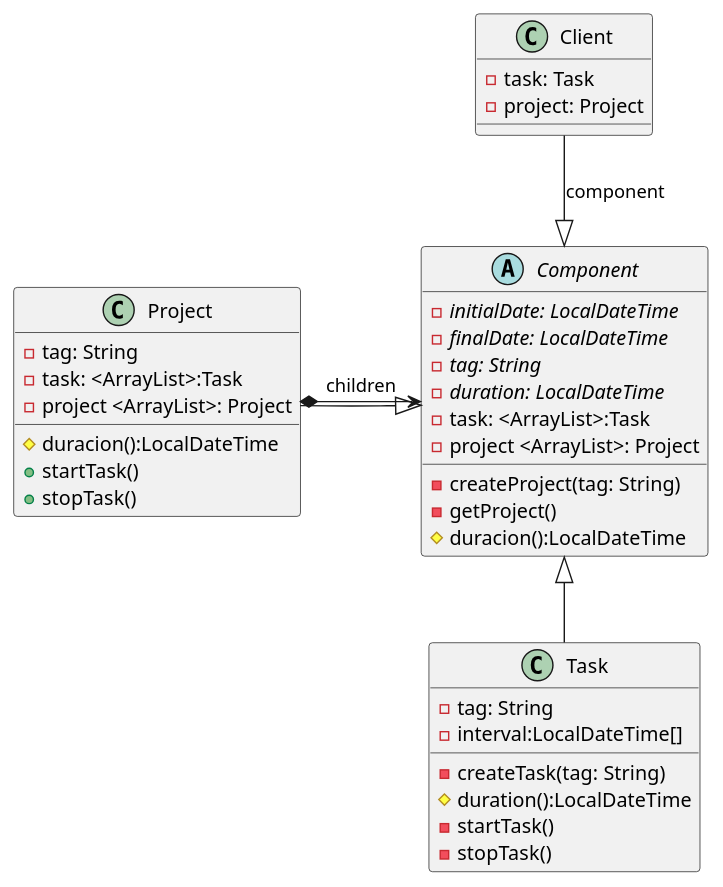
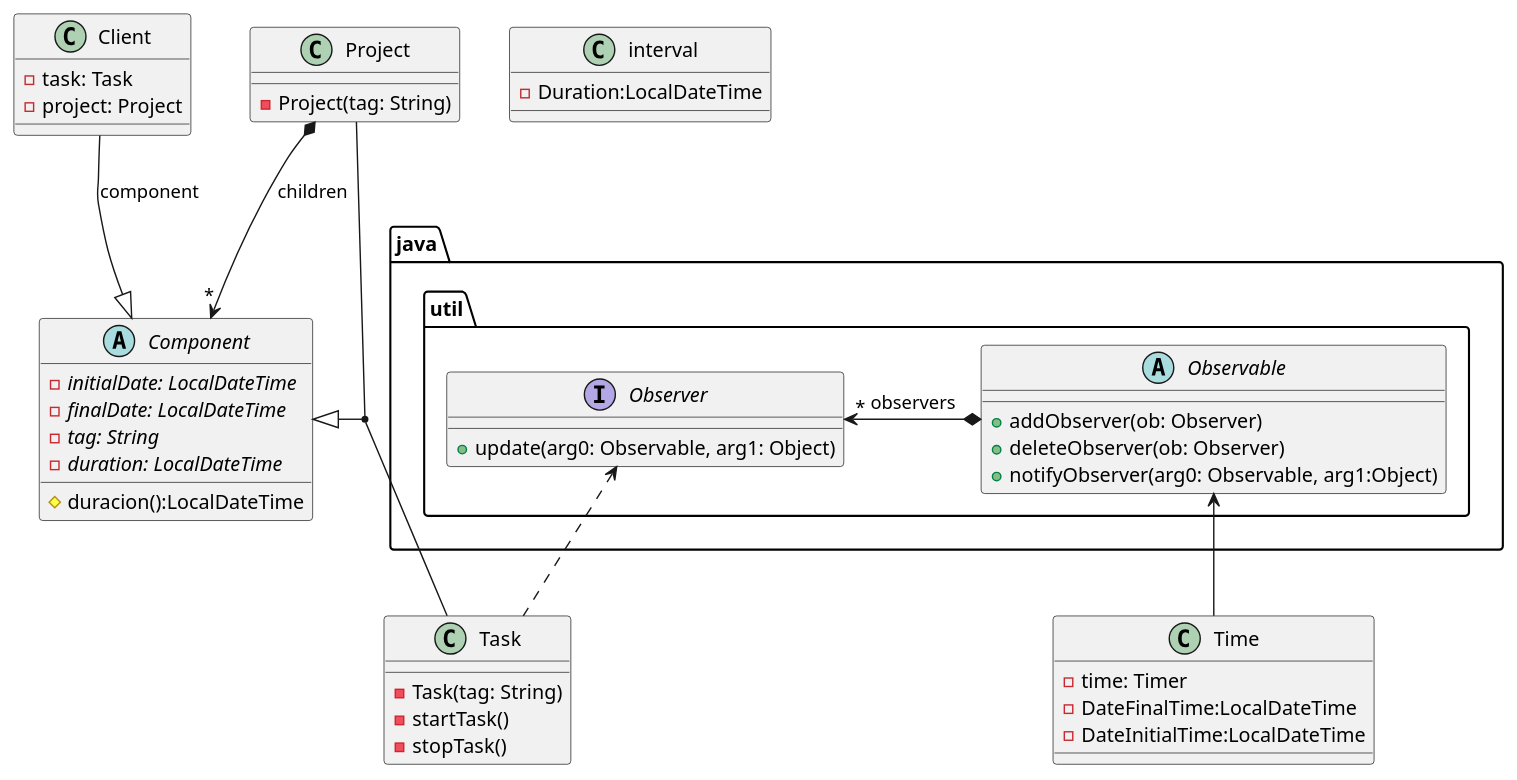
Before and after one commit to alekzihz/DS_TimeTracking: the diagram in src/umlTimeTracking.puml, drawn with PlantUML. The commit also changed 2 other files, not shown here.

```diff
--- a/src/umlTimeTracking.puml
+++ b/src/umlTimeTracking.puml
@@ -1,49 +1,77 @@
 @startuml
 'https://plantuml.com/class-diagram
 
 
 
 class Client{
     -task: Task
     -project: Project
 
 }
 abstract Component{
     {abstract}-initialDate: LocalDateTime
     {abstract}-finalDate: LocalDateTime
     {abstract}- tag: String
     {abstract}- duration: LocalDateTime
-    - task: <ArrayList>:Task
-    -project <ArrayList>: Project
-    -createProject(tag: String)
-    -getProject()
+
+
+
      #duracion():LocalDateTime
 
 }
 class Project{
-    - tag: String
-    - task: <ArrayList>:Task
-    -project <ArrayList>: Project
-    #duracion():LocalDateTime
-    +startTask()
-    +stopTask()
+
+    -Project(tag: String)
+
 }
 
 
 
 class Task {
-   - tag: String
-   -interval:LocalDateTime[]
-    -createTask(tag: String)
-    #duration():LocalDateTime
+
+    -Task(tag: String)
     -startTask()
     -stopTask()
 
+
 }
-Component  <|-- Task
-Component <|-- Project
-Project *-> Component:children
+class interval{
+
+    -Duration:LocalDateTime
+
+}
+
+package java.util{
+    Abstract Observable
+    {
+       +addObserver(ob: Observer)
+       +deleteObserver(ob: Observer)
+       +notifyObserver(arg0: Observable, arg1:Object)
+    }
+
+    interface Observer {
+
+        +update(arg0: Observable, arg1: Object)
+
+}
+}
+
+class Time {
+    -time: Timer
+    -DateFinalTime:LocalDateTime
+    -DateInitialTime:LocalDateTime
+    
+
+
+}
+
 Client --|> Component:component
+Project *--> "*"Component:children
+
+Component <|--down(Project,Task)
+Observable<--Time
+Observer<..Task
+Observable*--left>"*"Observer:observers
 
 
 @enduml
```
